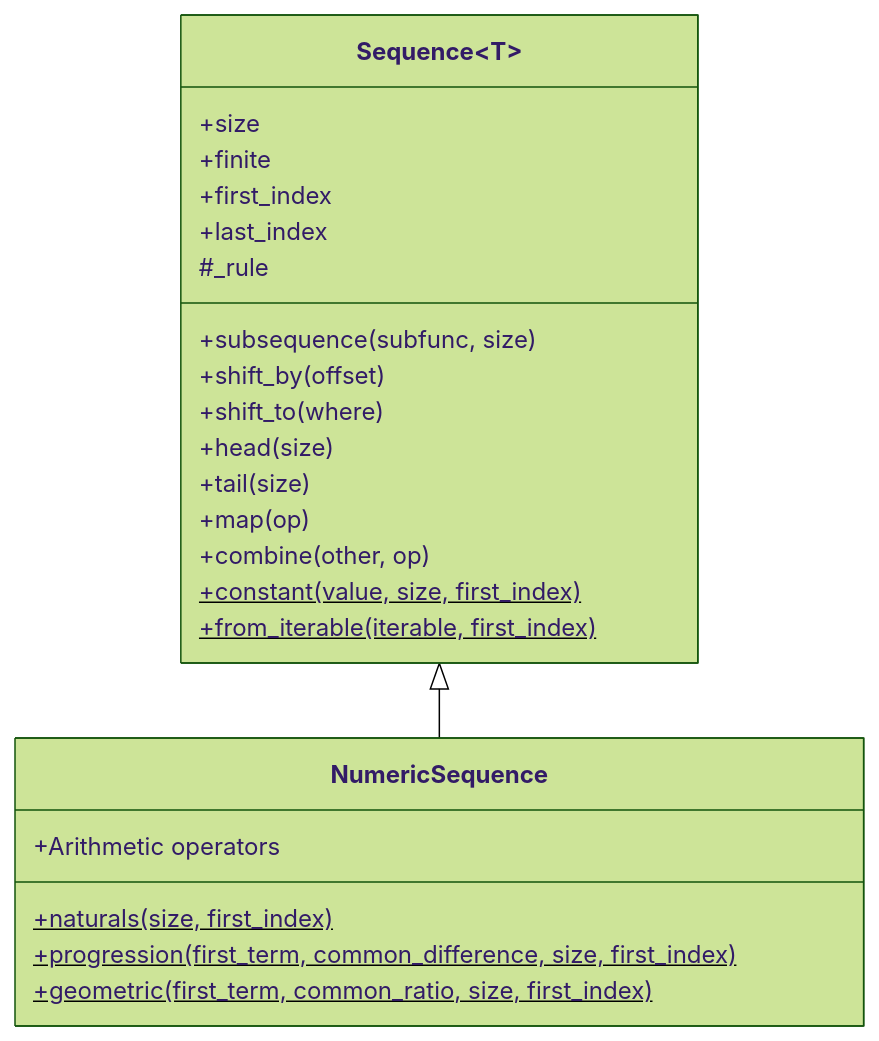
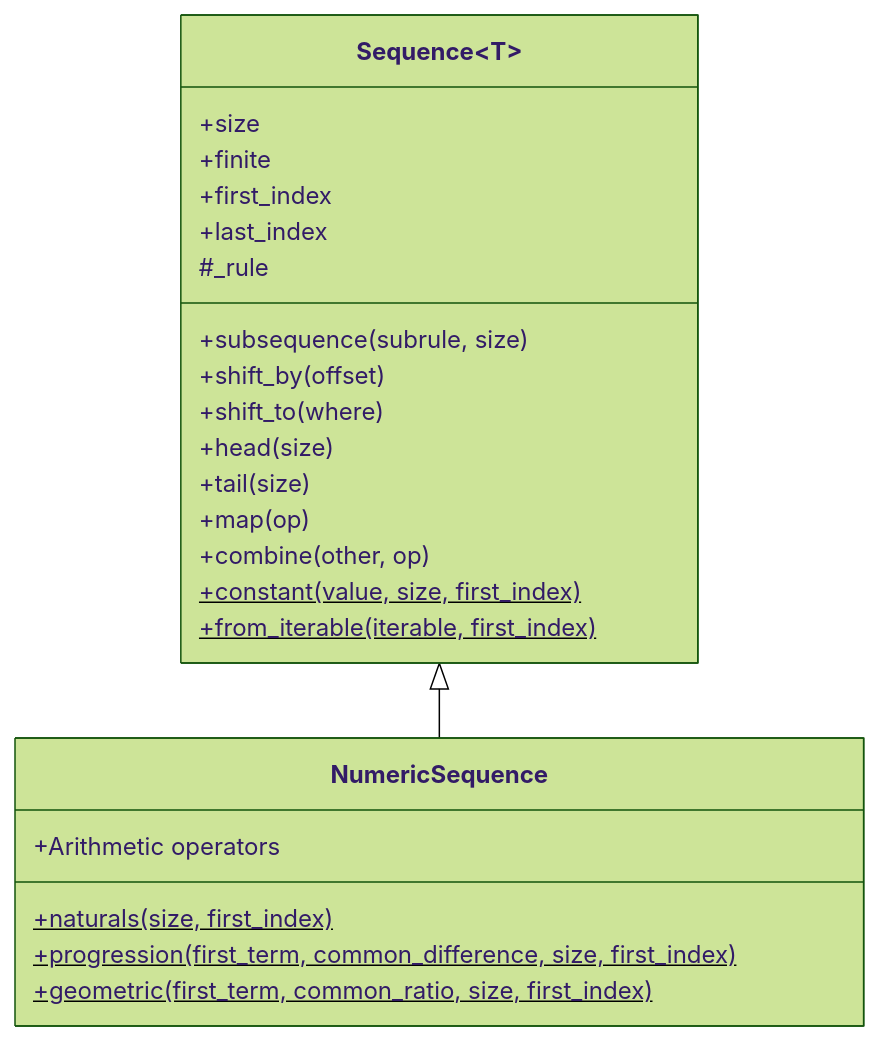
The diagram in ARCHITECTURE.md (avikpln/calculus), drawn with Mermaid (forest theme) before and after one commit. The commit also changed 4 other files, not shown here.

````diff
--- a/ARCHITECTURE.md
+++ b/ARCHITECTURE.md
@@ -8,28 +8,28 @@
 ```mermaid
 classDiagram
     class Sequence~T~ {
         +size
         +finite
         +first_index
         +last_index
-        +subsequence(subfunc, size)
+        +subsequence(subrule, size)
         +shift_by(offset)
         +shift_to(where)
         +head(size)
         +tail(size)
         +map(op)
         +combine(other, op)
         +constant(value, size, first_index)$
         +from_iterable(iterable, first_index)$
         #_rule
     }
 
     class NumericSequence {
         +Arithmetic operators
         +naturals(size, first_index)$
         +progression(first_term, common_difference, size, first_index)$
         +geometric(first_term, common_ratio, size, first_index)$
     }
 
     Sequence <|-- NumericSequence
 ```
````
